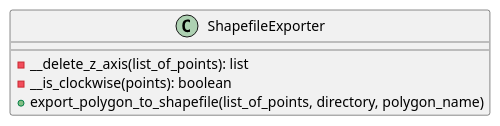
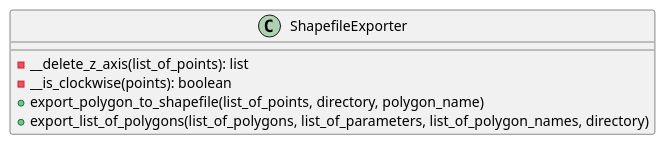
The diagram in docs/classes/ShapefileExporter.puml (ferpoble2/Relief_Creator), drawn with PlantUML before and after one commit. The commit also changed 6 other files, not shown here.

First line of the commit message:
Implemented export of polygons that are inside of a folder.

```diff
--- a/docs/classes/ShapefileExporter.puml
+++ b/docs/classes/ShapefileExporter.puml
@@ -1,8 +1,9 @@
 @startuml
 class ShapefileExporter {
     - __delete_z_axis(list_of_points): list
     - __is_clockwise(points): boolean
     + export_polygon_to_shapefile(list_of_points, directory, polygon_name)
+    + export_list_of_polygons(list_of_polygons, list_of_parameters, list_of_polygon_names, directory)
 }
 
 @enduml
```
